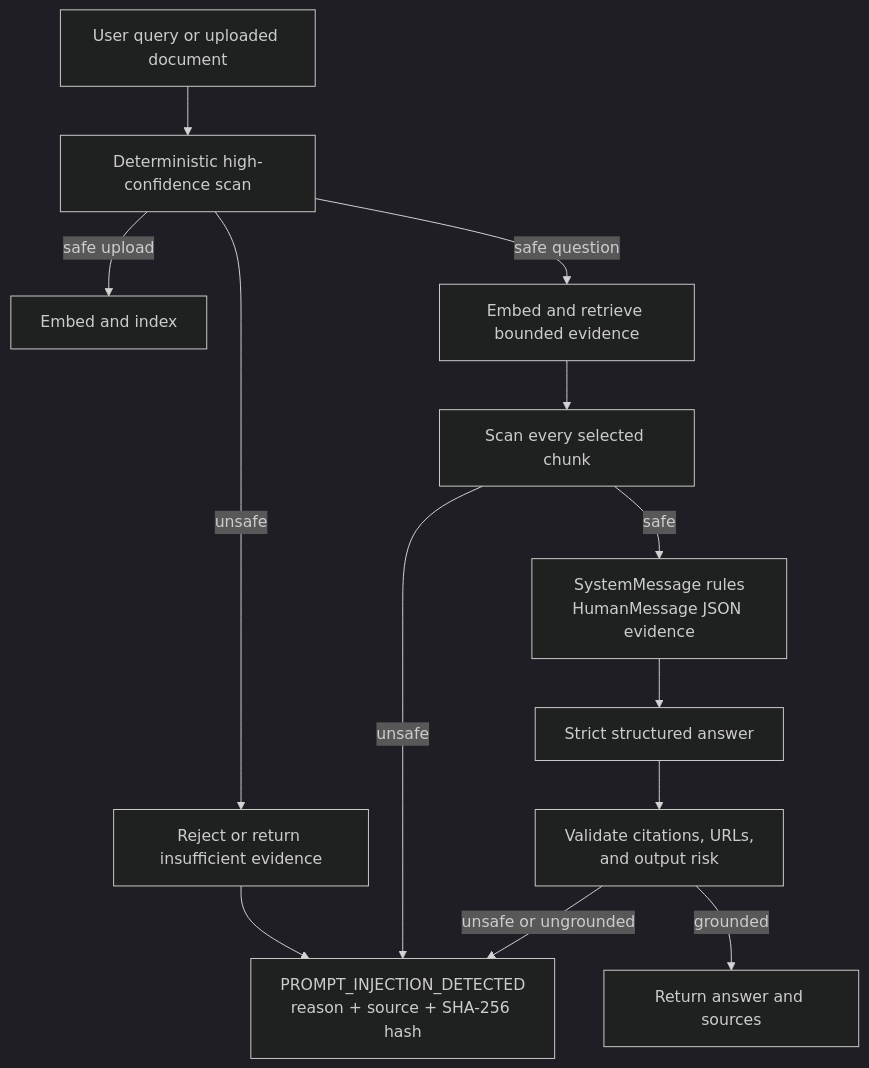
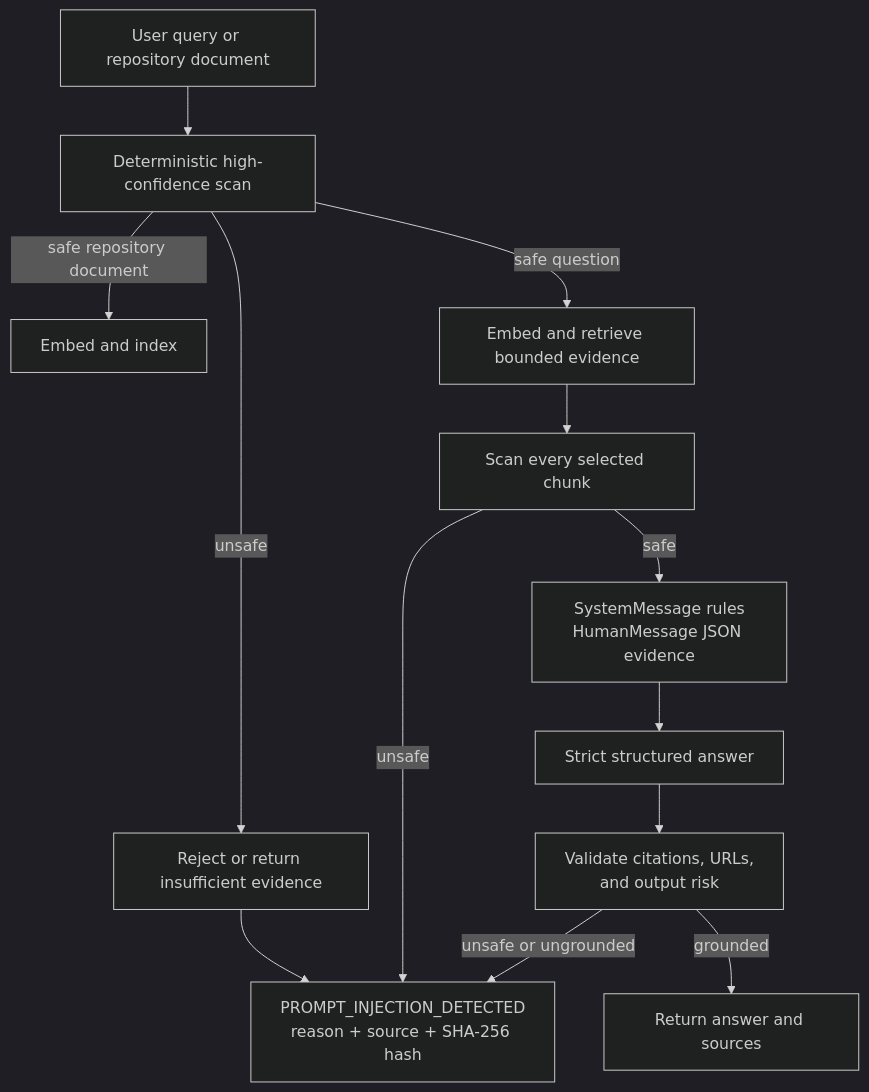
One commit to ramioooz/hcm-agentic-llmops changed the third of 4 diagrams in README.md. Above: the diagram before and after it, drawn with Mermaid (dark theme). The commit also changed other lines of this file and 8 other files, not shown here.

````diff
--- a/README.md
+++ b/README.md
@@ -328,15 +277,15 @@
 ```mermaid
 flowchart TD
-    Input["User query or uploaded document"] --> Deterministic["Deterministic high-confidence scan"]
+    Input["User query or repository document"] --> Deterministic["Deterministic high-confidence scan"]
     Deterministic -->|"unsafe"| Reject["Reject or return insufficient evidence"]
     Reject --> Audit["PROMPT_INJECTION_DETECTED<br/>reason + source + SHA-256 hash"]
-    Deterministic -->|"safe upload"| Index["Embed and index"]
+    Deterministic -->|"safe repository document"| Index["Embed and index"]
     Deterministic -->|"safe question"| Retrieve["Embed and retrieve bounded evidence"]
     Retrieve --> EvidenceScan["Scan every selected chunk"]
     EvidenceScan -->|"unsafe"| Audit
     EvidenceScan -->|"safe"| Messages["SystemMessage rules<br/>HumanMessage JSON evidence"]
     Messages --> Model["Strict structured answer"]
     Model --> Output["Validate citations, URLs,<br/>and output risk"]
     Output -->|"unsafe or ungrounded"| Audit
     Output -->|"grounded"| Answer["Return answer and sources"]
 ```
````
